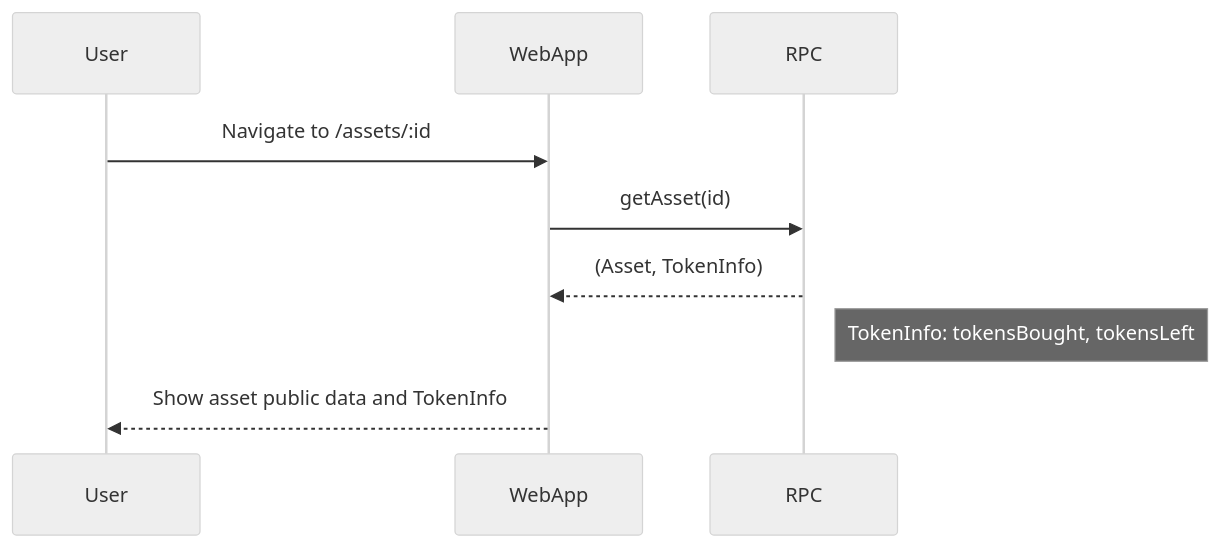
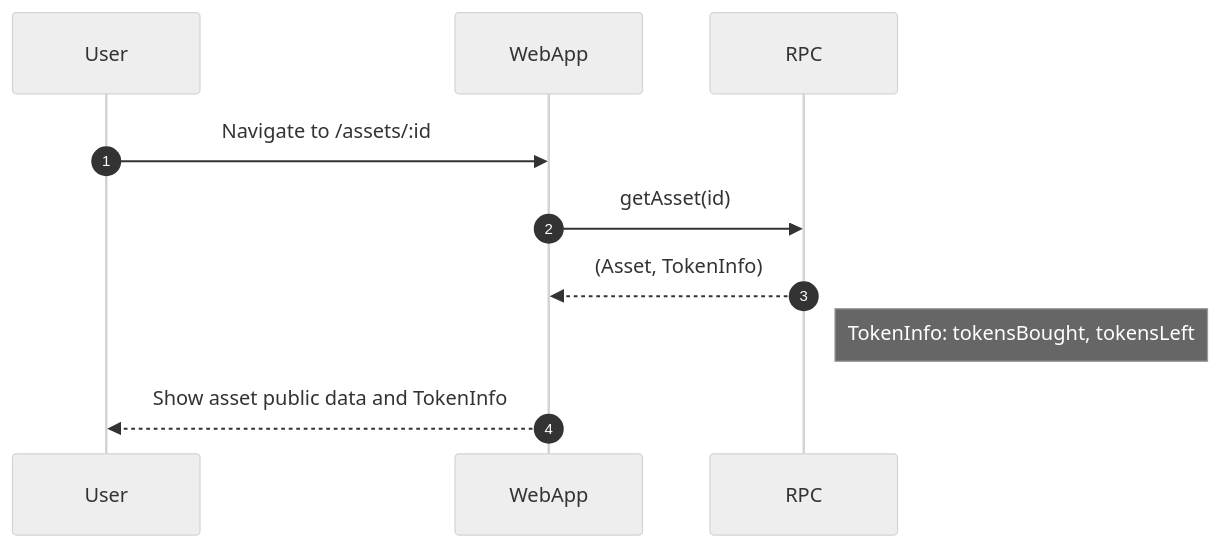
The diagram in arb/mermaid/AssetDetailsPage.md (binaryx-protocol/binaryx_app), drawn with Mermaid (neutral theme) before and after one commit. The commit also changed 5 other files, not shown here.

Commit message:
#sd_nov8: pay for rent diagram

````diff
--- a/arb/mermaid/AssetDetailsPage.md
+++ b/arb/mermaid/AssetDetailsPage.md
@@ -3,12 +3,13 @@
 ```mermaid
 sequenceDiagram
+autonumber
 
 participant User
 participant WebApp
 participant RPC
 User->>WebApp: Navigate to /assets/:id
 WebApp->>RPC: getAsset(id)
 RPC-->>WebApp: (Asset, TokenInfo)
 Note right of RPC: TokenInfo: tokensBought, tokensLeft
 WebApp-->>User: Show asset public data and TokenInfo
 ```
````
